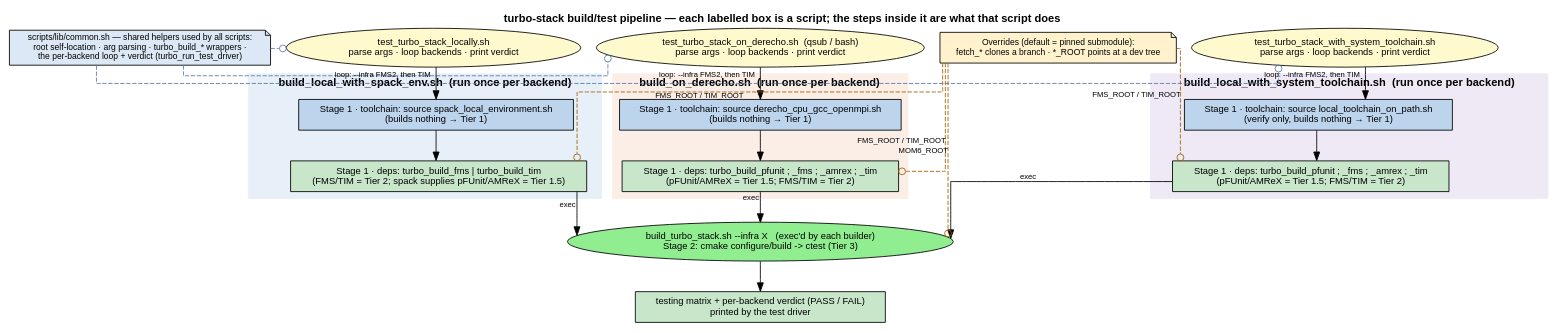
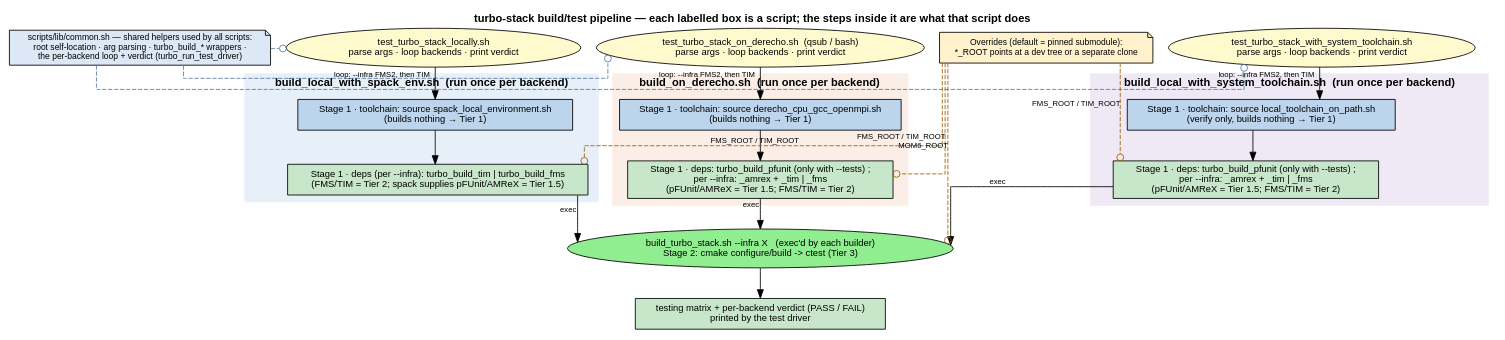
The diagram in docs/build_test_orchestration.dot (TURBO-ESM/turbo-stack), drawn with Graphviz before and after one commit. The commit also changed 5 other files, not shown here.

```diff
--- a/docs/build_test_orchestration.dot
+++ b/docs/build_test_orchestration.dot
@@ -1,80 +1,80 @@
 digraph build_test_orchestration {
     rankdir=TB;
     compound=true;
     newrank=true;
     node [shape=box, fontname="Helvetica", fontsize=11];
     edge [fontsize=9, fontname="Helvetica"];
     splines=ortho;
 
     label="turbo-stack build/test pipeline — each labelled box is a script; the steps inside it are what that script does";
     labelloc=t; fontname="Helvetica-Bold"; fontsize=13;
 
     // Shared helpers used by all scripts (substrate, not a flow step).
     core [shape=note, fillcolor="#dce8f5", style=filled, fontsize=10,
           label="scripts/lib/common.sh — shared helpers used by all scripts:\nroot self-location · arg parsing · turbo_build_* wrappers ·\nthe per-backend loop + verdict (turbo_run_test_driver)"];
 
     // ── Test drivers (what each driver script does is in its label) ───────────
     l_drv [label="test_turbo_stack_locally.sh\nparse args · loop backends · print verdict",
            shape=ellipse, fillcolor="#fffacd", style=filled];
     d_drv [label="test_turbo_stack_on_derecho.sh  (qsub / bash)\nparse args · loop backends · print verdict",
            shape=ellipse, fillcolor="#fffacd", style=filled];
     s_drv [label="test_turbo_stack_with_system_toolchain.sh\nparse args · loop backends · print verdict",
            shape=ellipse, fillcolor="#fffacd", style=filled];
     {rank=same; l_drv; s_drv; d_drv;}
 
     // ── Path A builder: the box IS build_local_with_spack_env.sh.  Its steps are
     //    Stage 1 (environment setup): source the toolchain, then build the deps ──
     subgraph cluster_lbld {
         label="build_local_with_spack_env.sh  (run once per backend)"; labeljust=l;
         style=filled; color="#e7eff8"; fontname="Helvetica-Bold";
         l_env  [label="Stage 1 · toolchain: source spack_local_environment.sh\n(builds nothing → Tier 1)", fillcolor="#bcd4ec", style=filled];
-        l_deps [label="Stage 1 · deps: turbo_build_fms | turbo_build_tim\n(FMS/TIM = Tier 2; spack supplies pFUnit/AMReX = Tier 1.5)", fillcolor="#c8e6c9", style=filled];
+        l_deps [label="Stage 1 · deps (per --infra): turbo_build_tim | turbo_build_fms\n(FMS/TIM = Tier 2; spack supplies pFUnit/AMReX = Tier 1.5)", fillcolor="#c8e6c9", style=filled];
         l_env -> l_deps;
     }
 
     // ── Path B builder: build_on_derecho.sh ───────────────────────────────────
     subgraph cluster_dbld {
         label="build_on_derecho.sh  (run once per backend)"; labeljust=l;
         style=filled; color="#fbeee6"; fontname="Helvetica-Bold";
         d_env  [label="Stage 1 · toolchain: source derecho_cpu_gcc_openmpi.sh\n(builds nothing → Tier 1)", fillcolor="#bcd4ec", style=filled];
-        d_deps [label="Stage 1 · deps: turbo_build_pfunit ; _fms ; _amrex ; _tim\n(pFUnit/AMReX = Tier 1.5; FMS/TIM = Tier 2)", fillcolor="#c8e6c9", style=filled];
+        d_deps [label="Stage 1 · deps: turbo_build_pfunit (only with --tests) ;\nper --infra: _amrex + _tim | _fms\n(pFUnit/AMReX = Tier 1.5; FMS/TIM = Tier 2)", fillcolor="#c8e6c9", style=filled];
         d_env -> d_deps;
     }
 
     // ── Path C builder: build_local_with_system_toolchain.sh ──────────────────
     subgraph cluster_sbld {
         label="build_local_with_system_toolchain.sh  (run once per backend)"; labeljust=l;
         style=filled; color="#efe9f6"; fontname="Helvetica-Bold";
         s_env  [label="Stage 1 · toolchain: source local_toolchain_on_path.sh\n(verify only, builds nothing → Tier 1)", fillcolor="#bcd4ec", style=filled];
-        s_deps [label="Stage 1 · deps: turbo_build_pfunit ; _fms ; _amrex ; _tim\n(pFUnit/AMReX = Tier 1.5; FMS/TIM = Tier 2)", fillcolor="#c8e6c9", style=filled];
+        s_deps [label="Stage 1 · deps: turbo_build_pfunit (only with --tests) ;\nper --infra: _amrex + _tim | _fms\n(pFUnit/AMReX = Tier 1.5; FMS/TIM = Tier 2)", fillcolor="#c8e6c9", style=filled];
         s_env -> s_deps;
     }
 
     // ── Shared: both builders exec the same Stage-2 script ────────────────────
     bld [label="build_turbo_stack.sh --infra X   (exec'd by each builder)\nStage 2: cmake configure/build -> ctest (Tier 3)",
         shape=ellipse, fillcolor="#90ee90", style=filled];
     verdict [label="testing matrix + per-backend verdict (PASS / FAIL)\nprinted by the test driver", fillcolor="#c8e6c9", style=filled];
 
     // Driver loops its builder (enters at Stage 1); builder execs Stage 2.
     l_drv -> l_env [xlabel="loop: --infra FMS2, then TIM"];
     s_drv -> s_env [xlabel="loop: --infra FMS2, then TIM"];
     d_drv -> d_env [xlabel="loop: --infra FMS2, then TIM"];
     l_deps -> bld [xlabel="exec"];
     s_deps -> bld [xlabel="exec"];
     d_deps -> bld [xlabel="exec"];
     bld -> verdict;
 
     // common.sh is sourced by every script (dashed; doesn't constrain layout).
     core -> l_drv [style=dashed, color="#5b7aa6", arrowhead=odot, constraint=false];
     core -> s_drv [style=dashed, color="#5b7aa6", arrowhead=odot, constraint=false];
     core -> d_drv [style=dashed, color="#5b7aa6", arrowhead=odot, constraint=false];
 
     // Overrides (default = pinned submodule).  Only the co-developed repos
     // (FMS/TIM, Tier 2; MOM6, Tier 3) have a *_ROOT source swap.
     hotswap [shape=note, fillcolor="#fff2cc", style=filled, fontsize=10,
-             label="Overrides (default = pinned submodule):\nfetch_* clones a branch · *_ROOT points at a dev tree"];
+             label="Overrides (default = pinned submodule):\n*_ROOT points at a dev tree or a separate clone"];
     hotswap -> l_deps [style=dashed, color="#a06000", arrowhead=odot, constraint=false, xlabel="FMS_ROOT / TIM_ROOT"];
     hotswap -> s_deps [style=dashed, color="#a06000", arrowhead=odot, constraint=false, xlabel="FMS_ROOT / TIM_ROOT"];
     hotswap -> d_deps [style=dashed, color="#a06000", arrowhead=odot, constraint=false, xlabel="FMS_ROOT / TIM_ROOT"];
     hotswap -> bld   [style=dashed, color="#a06000", arrowhead=odot, constraint=false, xlabel="MOM6_ROOT"];
 }
```
